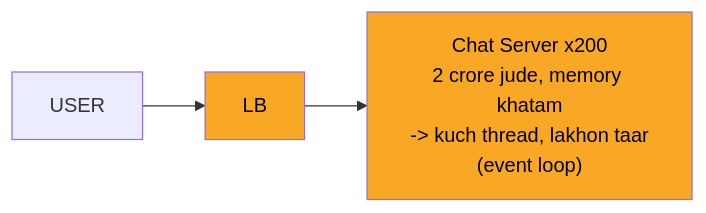
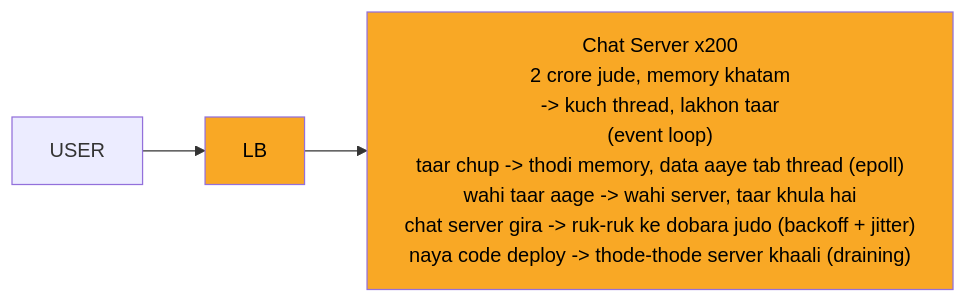
The second of 12 diagrams in 04_HLD/SYSTEM_DESIGNS/14_chat_messaging/14_chat_messaging.md (ArpanMaheshwari144/Prep), drawn with Mermaid before and after one commit. The commit also changed other lines of this file and 12 other files, not shown here.

Commit message:
hld 02-14: peele dabbe me SAFAR ke mod + diagram chauda (wrappingWidth 450)

````diff
--- a/04_HLD/SYSTEM_DESIGNS/14_chat_messaging/14_chat_messaging.md
+++ b/04_HLD/SYSTEM_DESIGNS/14_chat_messaging/14_chat_messaging.md
@@ -129,10 +130,11 @@
 ```mermaid
+%%{init: {"flowchart": {"wrappingWidth": 450}}}%%
 flowchart LR
     n_U["USER"]
     n_LB["LB"]
-    n_CS["Chat Server x200<br/>2 crore jude, memory khatam<br/>-> kuch thread, lakhon taar<br/>(event loop)"]
+    n_CS["Chat Server x200<br/>2 crore jude, memory khatam<br/>-> kuch thread, lakhon taar<br/>(event loop)<br/>taar chup -> thodi memory, data aaye tab thread (epoll)<br/>wahi taar aage -> wahi server, taar khula hai<br/>chat server gira -> ruk-ruk ke dobara judo (backoff + jitter)<br/>naya code deploy -> thode-thode server khaali (draining)"]
     n_U --> n_LB
     n_LB --> n_CS
     style n_CS fill:#f9a825,color:#000
     style n_LB fill:#f9a825,color:#000
 ```
````
